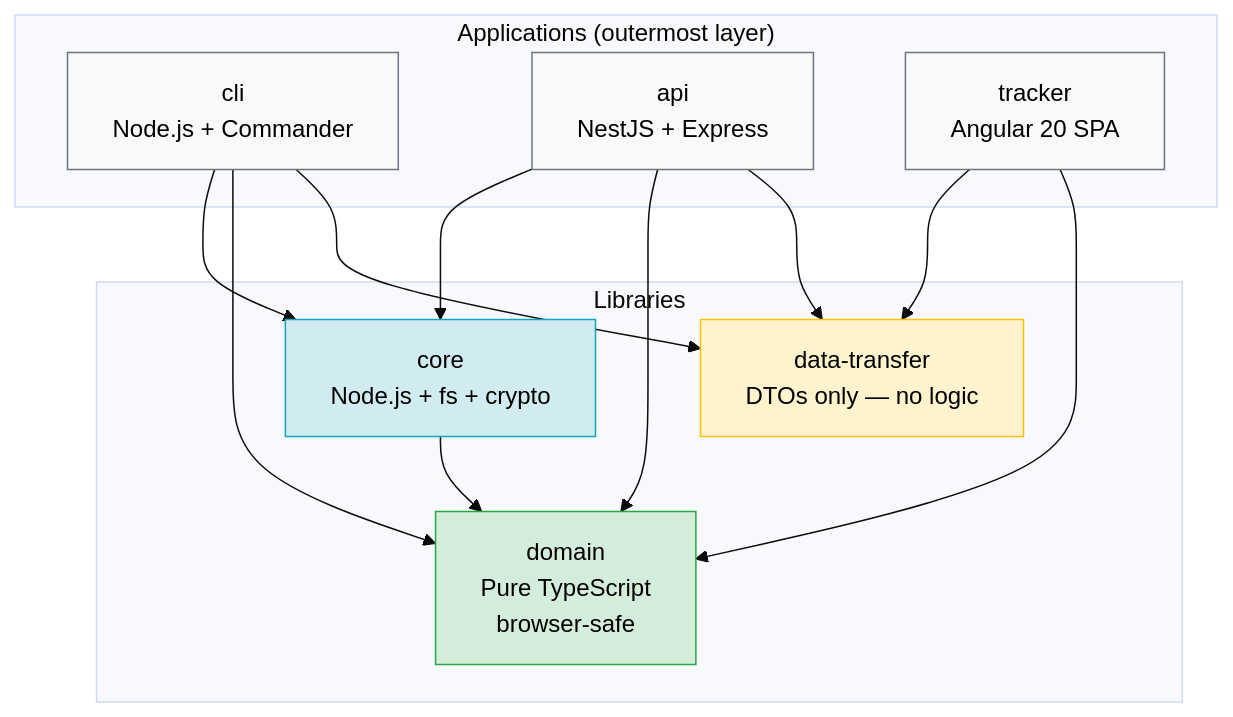
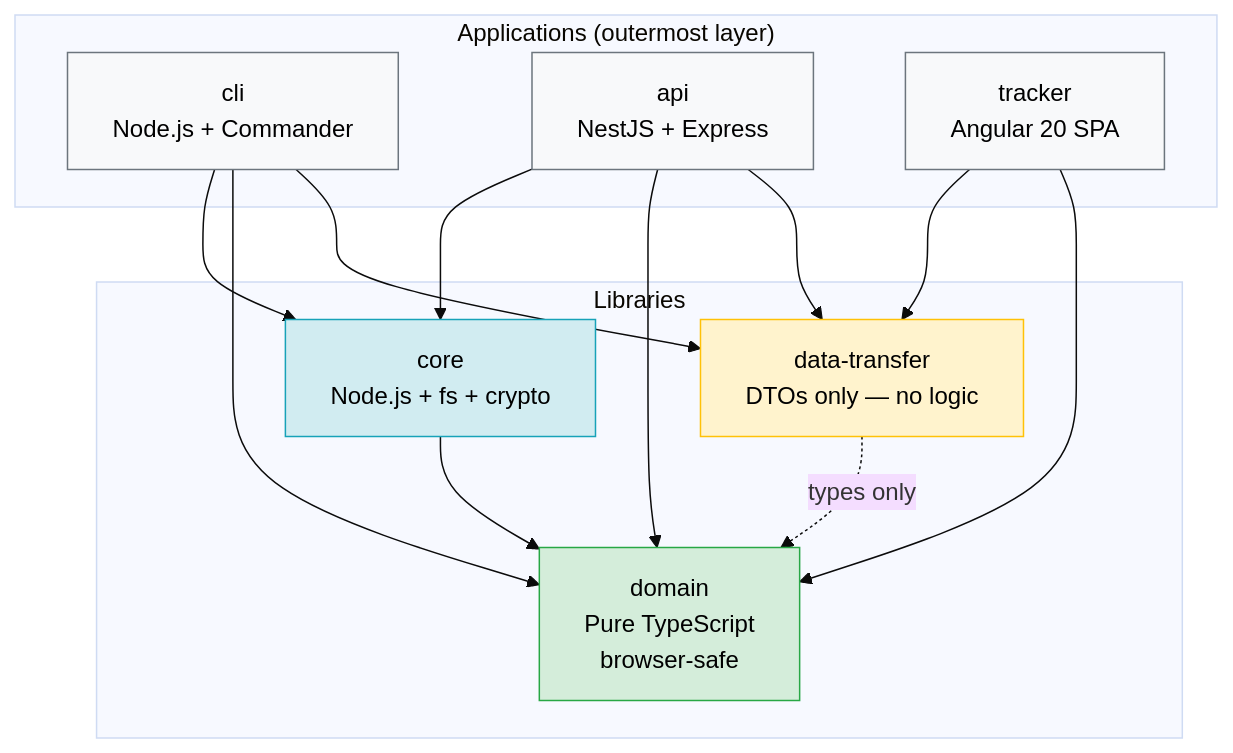
Before and after one commit to SimonNodel-AI/lingo-tracker: the diagram in architecture-docs/monorepo-structure.md, drawn with Mermaid (base theme). The commit also changed other lines of this file and 39 other files, not shown here.

````diff
--- a/architecture-docs/monorepo-structure.md
+++ b/architecture-docs/monorepo-structure.md
@@ -96,34 +98,35 @@
 ```mermaid
 graph TD
     subgraph apps["Applications (outermost layer)"]
         CLI["cli\nNode.js + Commander"]
         API["api\nNestJS + Express"]
         Tracker["tracker\nAngular 20 SPA"]
     end
 
     subgraph libs["Libraries"]
         DT["data-transfer\nDTOs only — no logic"]
         Core["core\nNode.js + fs + crypto"]
         Domain["domain\nPure TypeScript\nbrowser-safe"]
     end
 
     CLI --> Core
     CLI --> Domain
     CLI --> DT
 
     API --> Core
     API --> Domain
     API --> DT
 
     Tracker --> DT
     Tracker --> Domain
 
     Core --> Domain
+    DT -.->|types only| Domain
 
     style Domain fill:#d4edda,stroke:#28a745,color:#000
     style Core fill:#d1ecf1,stroke:#17a2b8,color:#000
     style DT fill:#fff3cd,stroke:#ffc107,color:#000
     style CLI fill:#f8f9fa,stroke:#6c757d,color:#000
     style API fill:#f8f9fa,stroke:#6c757d,color:#000
     style Tracker fill:#f8f9fa,stroke:#6c757d,color:#000
 ```
````
